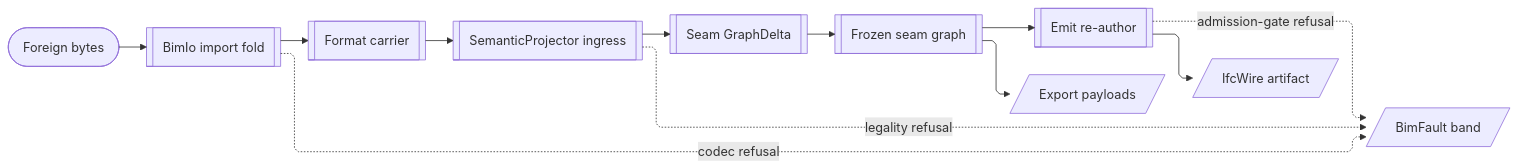
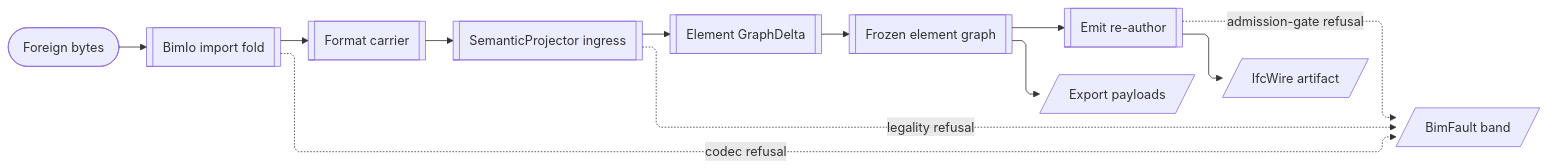
One commit to bsamiee/Rasm changed the fourth of 4 diagrams in libs/dotnet/Rasm.Bim/ARCHITECTURE.md. Above: the diagram before and after it, drawn with Mermaid. The commit also changed other lines of this file and 1997 other files, not shown here.

````diff
--- a/libs/dotnet/Rasm.Bim/ARCHITECTURE.md
+++ b/libs/dotnet/Rasm.Bim/ARCHITECTURE.md
@@ -258,23 +258,23 @@
 ```mermaid
 ---
 config:
   layout: elk
   flowchart:
     curve: linear
     padding: 25
 ---
 flowchart LR
     accTitle: Rasm.Bim exchange spine
-    accDescr: How foreign bytes become seam graph content and re-author to legal IFC with drops accumulated as facts.
+    accDescr: How foreign bytes become element graph content and re-author to legal IFC with drops accumulated as facts.
     Bytes(["Foreign bytes"]) e1@--> Import[[BimIo import fold]]
     Import e2@--> Carrier[[Format carrier]]
     Carrier e3@--> Projector[[SemanticProjector ingress]]
-    Projector e4@--> Delta[[Seam GraphDelta]]
-    Delta e5@--> GraphN[[Frozen seam graph]]
+    Projector e4@--> Delta[[Element GraphDelta]]
+    Delta e5@--> GraphN[[Frozen element graph]]
     GraphN e6@--> Emit[[Emit re-author]]
     Emit e7@--> WireN[/IfcWire artifact/]
     GraphN e8@--> Export[/Export payloads/]
     Import f1@-.->|"codec refusal"| Fault[/BimFault band/]
     Projector f2@-.->|"legality refusal"| Fault
     Emit f3@-.->|"admission-gate refusal"| Fault
 ```
````
